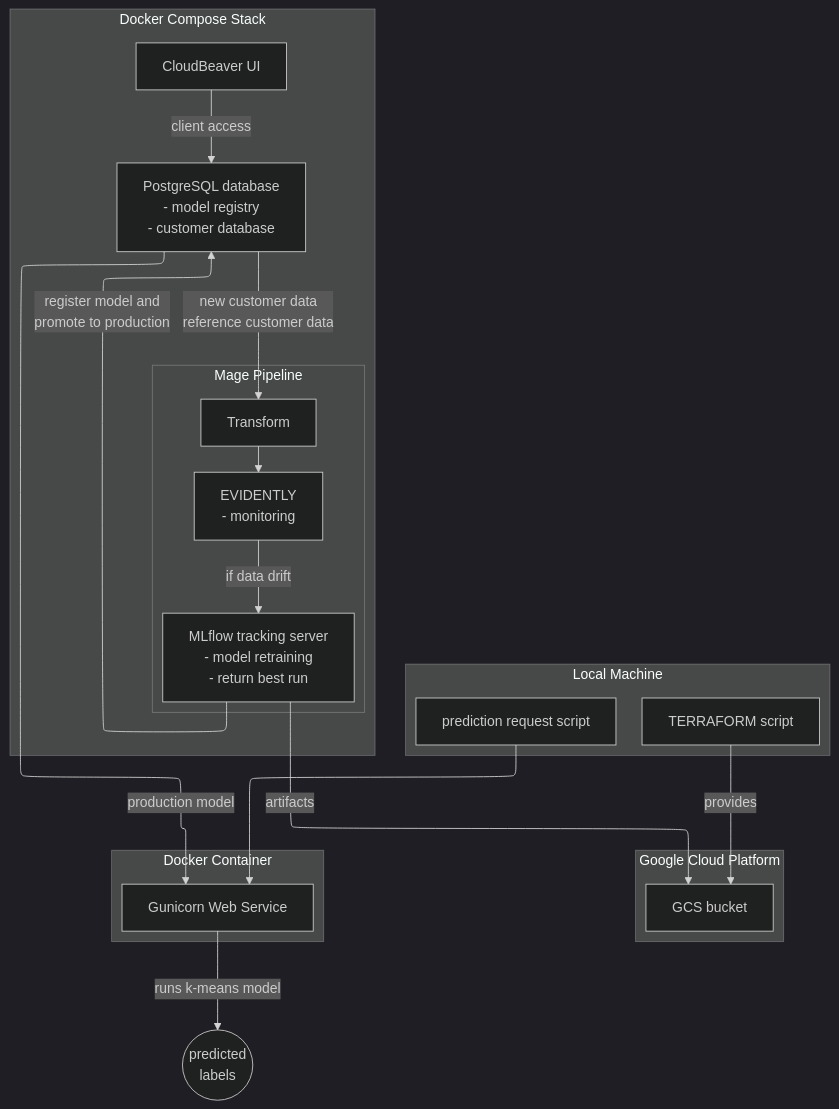
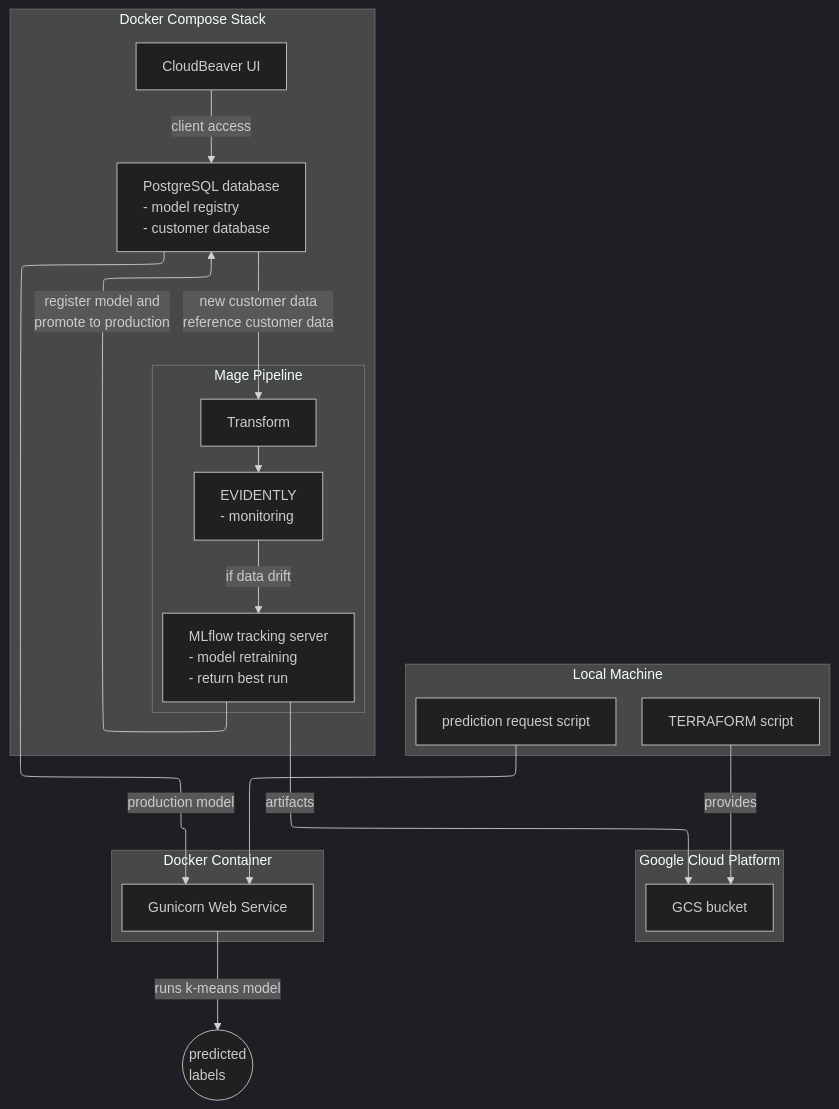
Before and after one commit to mmotl/dtc_persona_analysis: the diagram in dfd.mermaid, drawn with Mermaid.

Commit message:
mermaid update

```diff
--- a/dfd.mermaid
+++ b/dfd.mermaid
@@ -1,56 +1,48 @@
 ---
 # title: DTC Persona Pipeline
 config:
     theme: dark
     layout: elk
 ---
 graph TD
     subgraph "Local Machine"
         A[TERRAFORM script]
         H[prediction request script]
     end
 
     subgraph "Google Cloud Platform"
         B[GCS bucket]
     end
 
     subgraph "Docker Compose Stack"
-        C[PostgreSQL database 
-        - model registry 
-        - customer database]
+        C["<div style='text-align: left;'>PostgreSQL database<br/>  - model registry<br/>  - customer database</div>"]
         
         subgraph E [Mage Pipeline]
             
             J[Transform] 
-            --> K[EVIDENTLY 
-                    - monitoring] 
+            --> 
+            K["<div style='text-align: left;'>EVIDENTLY<br/>  - monitoring</div>"]
             --"if data drift"--> 
-                D[MLflow tracking server
-                    - model retraining
-                    - return best run]
+            D["<div style='text-align: left;'>MLflow tracking server<br/>  - model retraining<br/>  - return best run</div>"]
         end
         F[CloudBeaver UI]
     end
 
     subgraph "Docker Container"
         G[Gunicorn Web Service]
     end
 
-    I((predicted 
-        labels))
+    I(("<div style='text-align: left;'>predicted<br/>labels</div>"))
 
-    %% Define relationships and flows
     A -->|"provides"| B
     
     D --"artifacts"--> B
-    D --"register model and
-        promote to production"--> C
+    D --"register model and<br/>promote to production"--> C
     
     F --"client access"--> C
-    C --"new customer data
-        reference customer data"--> J
+    C --"new customer data<br/>reference customer data"--> J
 
     H ----> G
     C --"production model"--> G
 
     G --"runs k-means model"--> I
```
